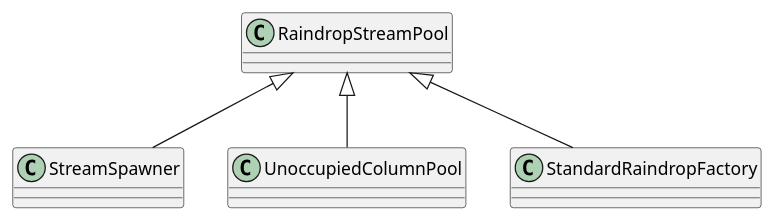
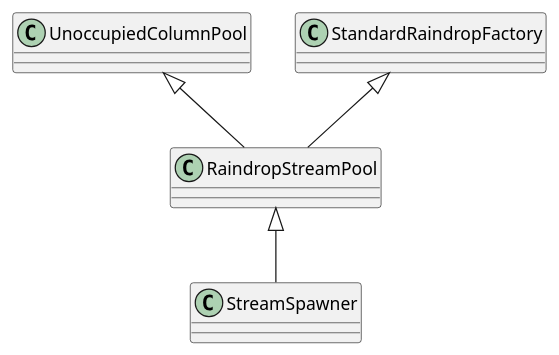
One commit to JamesComo44/DigitalRain changed the diagram in class_diagram.puml. Above: the diagram before and after it, drawn with PlantUML.

```diff
--- a/class_diagram.puml
+++ b/class_diagram.puml
@@ -1,5 +1,5 @@
 @startuml
 RaindropStreamPool <|-- StreamSpawner
-RaindropStreamPool <|-- UnoccupiedColumnPool
-RaindropStreamPool <|-- StandardRaindropFactory
+UnoccupiedColumnPool <|-- RaindropStreamPool
+StandardRaindropFactory <|-- RaindropStreamPool
 @enduml
```
